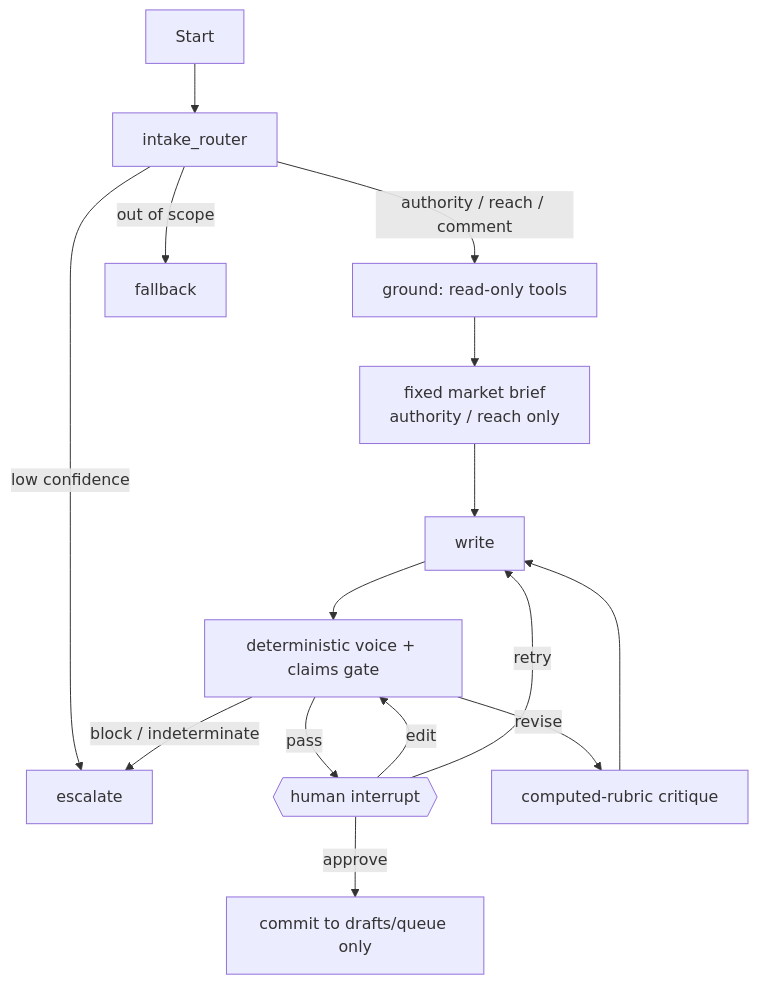
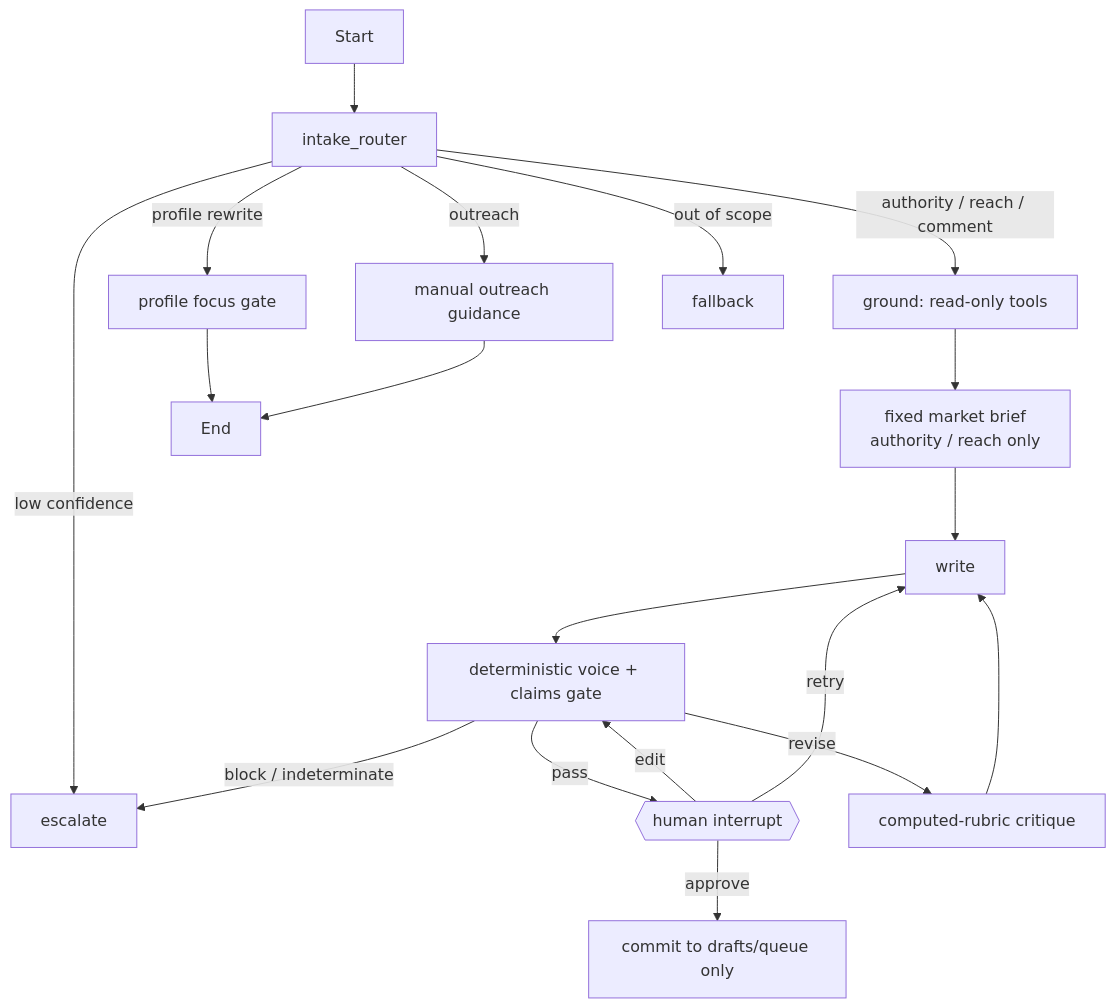
One commit to aiushe/linkedin-content-os changed the diagram in docs/architecture.md. Above: the diagram before and after it, drawn with Mermaid. The commit also changed other lines of this file and 43 other files, not shown here.

````diff
--- a/docs/architecture.md
+++ b/docs/architecture.md
@@ -12,17 +13,21 @@
 ```mermaid
 flowchart TD
     Start --> Router[intake_router]
     Router -->|authority / reach / comment| Ground[ground: read-only tools]
+    Router -->|profile rewrite| Profile[profile focus gate]
+    Router -->|outreach| Outreach[manual outreach guidance]
     Router -->|low confidence| Escalate[escalate]
     Router -->|out of scope| Fallback[fallback]
     Ground --> Intel[fixed market brief\nauthority / reach only]
     Intel --> Write[write]
     Write --> Gate[deterministic voice + claims gate]
     Gate -->|pass| HITL{{human interrupt}}
     Gate -->|revise| Critique[computed-rubric critique]
     Gate -->|block / indeterminate| Escalate
     Critique --> Write
     HITL -->|approve| Commit[commit to drafts/queue only]
     HITL -->|edit| Gate
     HITL -->|retry| Write
+    Profile --> End
+    Outreach --> End
 ```
````
